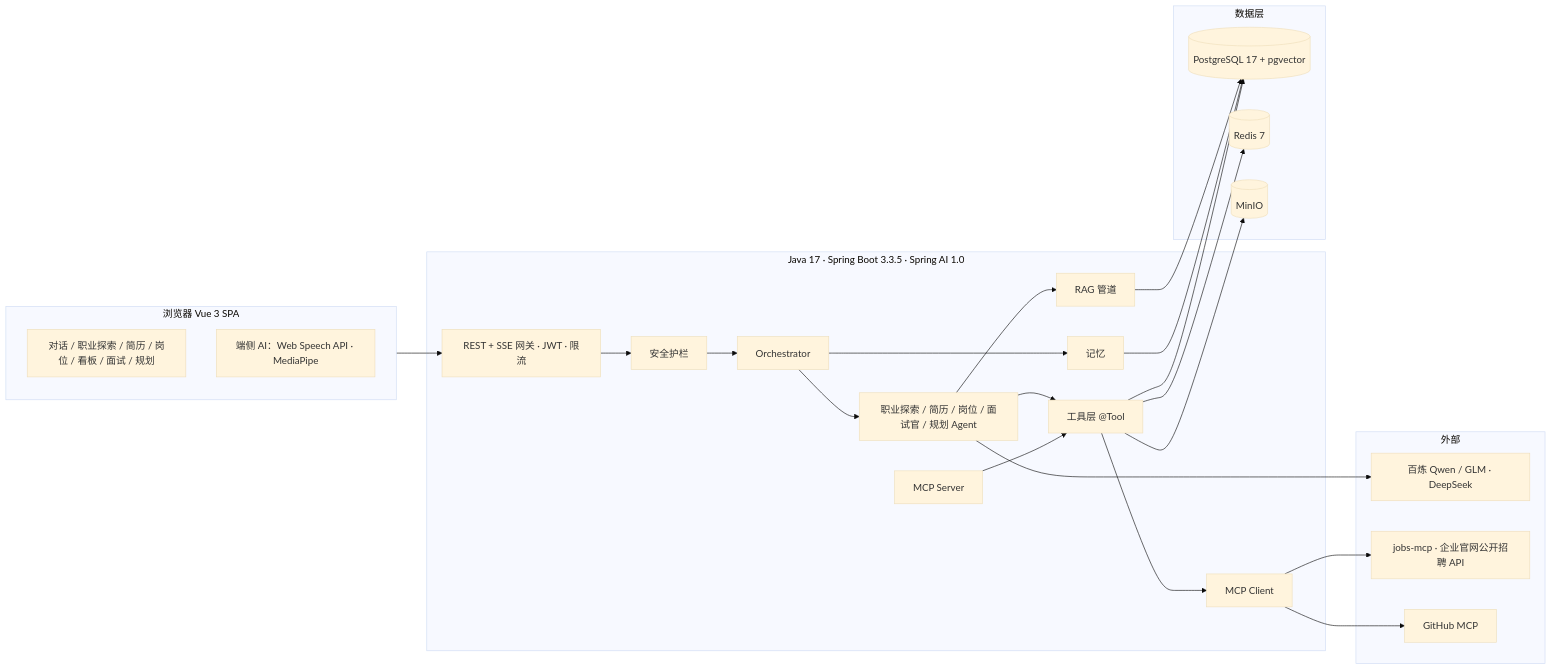
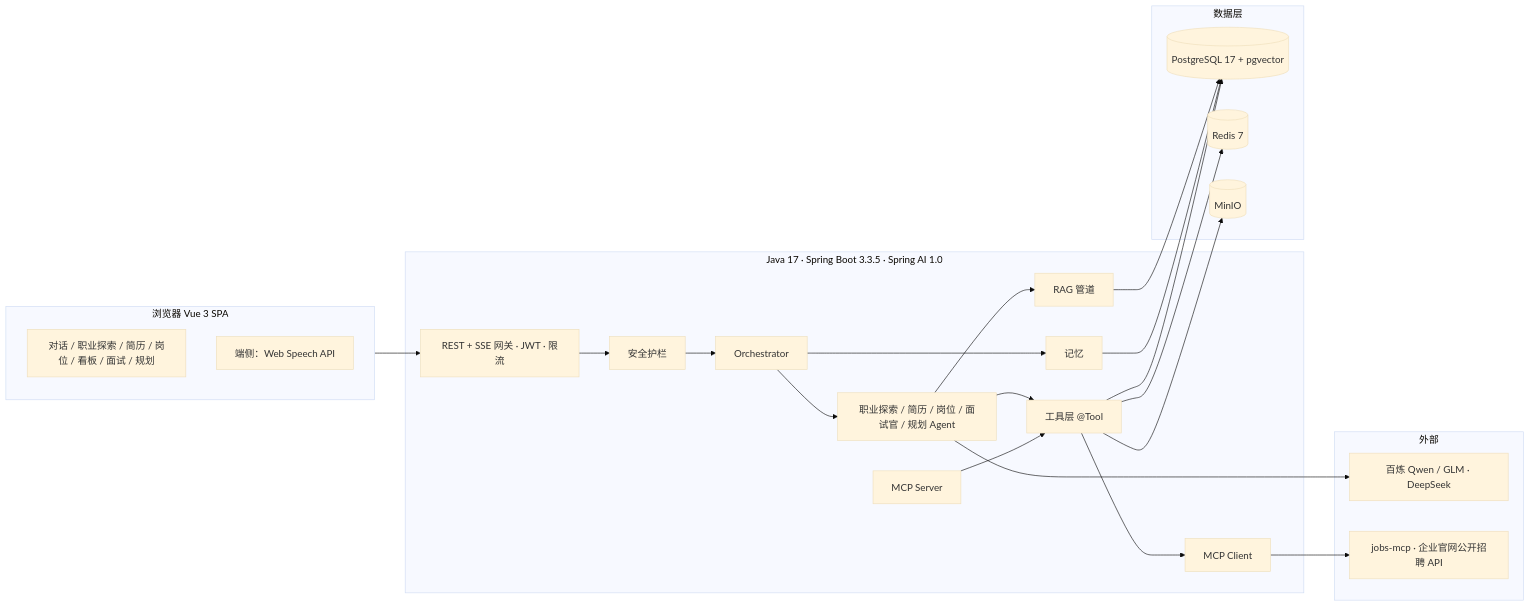
The diagram in README.md (MAOsaikou/offerpilot), drawn with Mermaid (base theme) before and after one commit. The commit also changed other lines of this file, not shown here.

````diff
--- a/README.md
+++ b/README.md
@@ -39,44 +39,42 @@
 ```mermaid
 flowchart LR
   subgraph browser [浏览器 Vue 3 SPA]
     UI[对话 / 职业探索 / 简历 / 岗位 / 看板 / 面试 / 规划]
-    Edge[端侧 AI：Web Speech API · MediaPipe]
+    Edge[端侧：Web Speech API]
   end
 
   subgraph backend [Java 17 · Spring Boot 3.3.5 · Spring AI 1.0]
     GW[REST + SSE 网关 · JWT · 限流]
     Guard[安全护栏]
     Orch[Orchestrator]
     Agents[职业探索 / 简历 / 岗位 / 面试官 / 规划 Agent]
     Tools[工具层 @Tool]
     RAG[RAG 管道]
     Mem[记忆]
     McpC[MCP Client]
     McpS[MCP Server]
   end
 
   subgraph data [数据层]
     PG[(PostgreSQL 17 + pgvector)]
     RD[(Redis 7)]
     MO[(MinIO)]
   end
 
   subgraph ext [外部]
     LLM[百炼 Qwen / GLM · DeepSeek]
     Jobs[jobs-mcp · 企业官网公开招聘 API]
-    GH[GitHub MCP]
   end
 
   browser --> GW --> Guard --> Orch --> Agents --> Tools
   Agents --> LLM
   Agents --> RAG
   Orch --> Mem
   Tools --> McpC --> Jobs
-  McpC --> GH
   McpS --> Tools
   RAG --> PG
   Mem --> PG
   Tools --> PG
   Tools --> RD
   Tools --> MO
 ```
````
